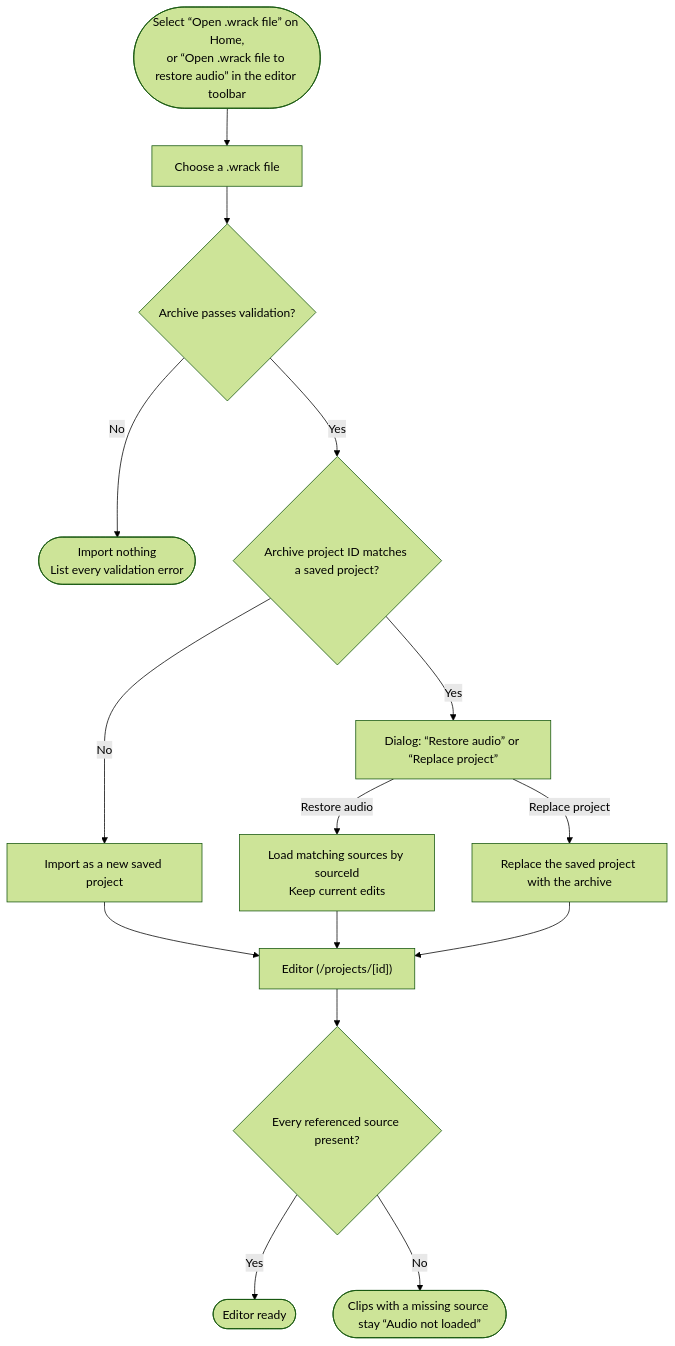
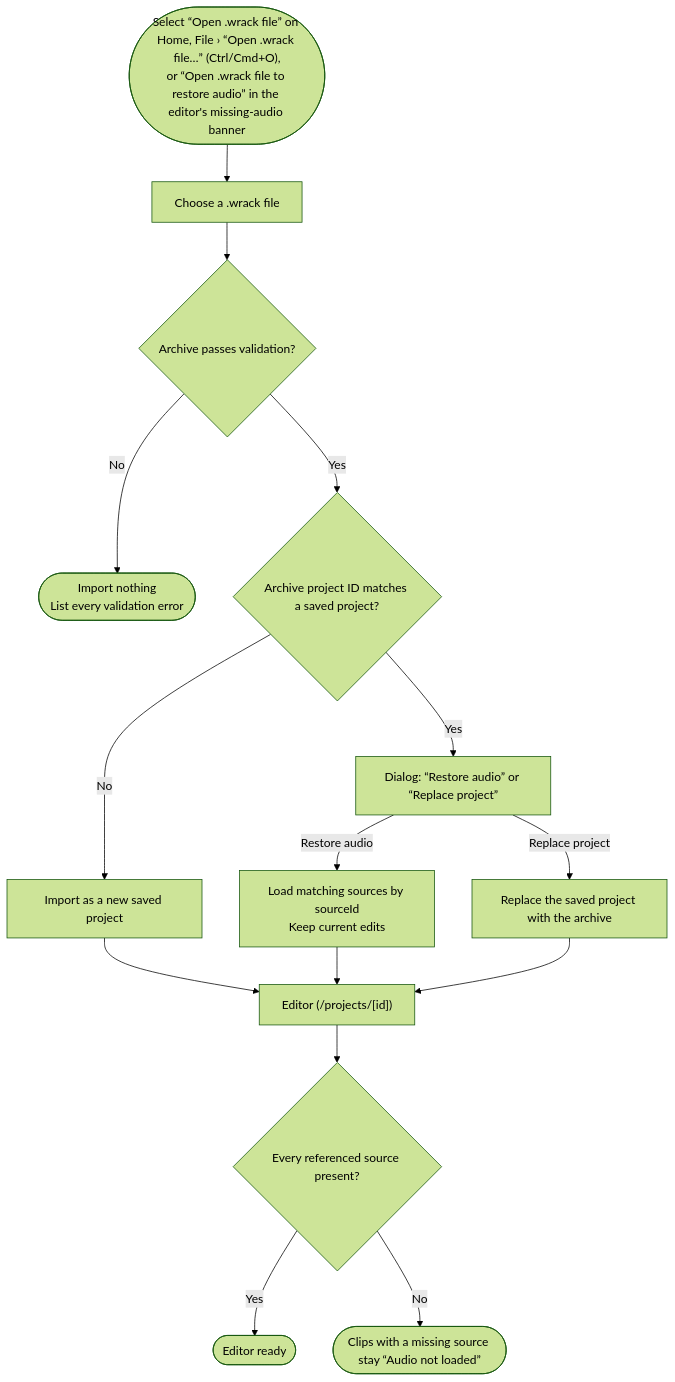
One commit to victor-almaraz/mpcs-51238-assignment-3 changed the ninth of 10 diagrams in README.md. Above: the diagram before and after it, drawn with Mermaid (forest theme). The commit also changed other lines of this file and 26 other files, not shown here.

````diff
--- a/README.md
+++ b/README.md
@@ -201,17 +203,17 @@
 ```mermaid
 flowchart TD
-  ow_start(["Select “Open .wrack file” on Home,<br/>or “Open .wrack file to restore audio” in the editor toolbar"]) --> ow_choose["Choose a .wrack file"]
+  ow_start(["Select “Open .wrack file” on Home, File › “Open .wrack file…” (Ctrl/Cmd+O),<br/>or “Open .wrack file to restore audio” in the editor's missing-audio banner"]) --> ow_choose["Choose a .wrack file"]
   ow_choose --> ow_valid{"Archive passes validation?"}
   ow_valid -->|"No"| ow_errs(["Import nothing<br/>List every validation error"])
   ow_valid -->|"Yes"| ow_match{"Archive project ID matches a saved project?"}
   ow_match -->|"No"| ow_new["Import as a new saved project"]
   ow_match -->|"Yes"| ow_dialog["Dialog: “Restore audio” or “Replace project”"]
   ow_dialog -->|"Restore audio"| ow_restore["Load matching sources by sourceId<br/>Keep current edits"]
   ow_dialog -->|"Replace project"| ow_replace["Replace the saved project with the archive"]
   ow_new --> ow_editor
   ow_restore --> ow_editor
   ow_replace --> ow_editor
   ow_editor["Editor (/projects/[id])"] --> ow_all{"Every referenced source present?"}
   ow_all -->|"Yes"| ow_ready(["Editor ready"])
   ow_all -->|"No"| ow_notloaded(["Clips with a missing source stay “Audio not loaded”"])
 ```
````
